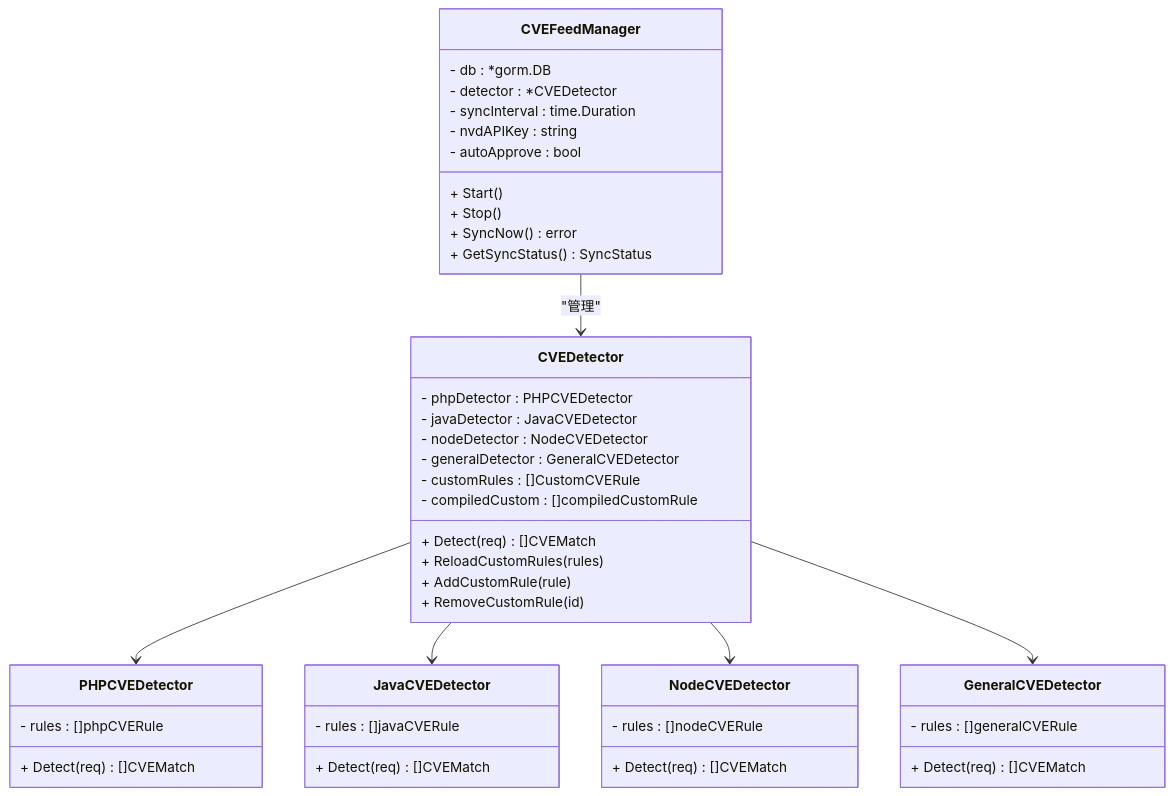
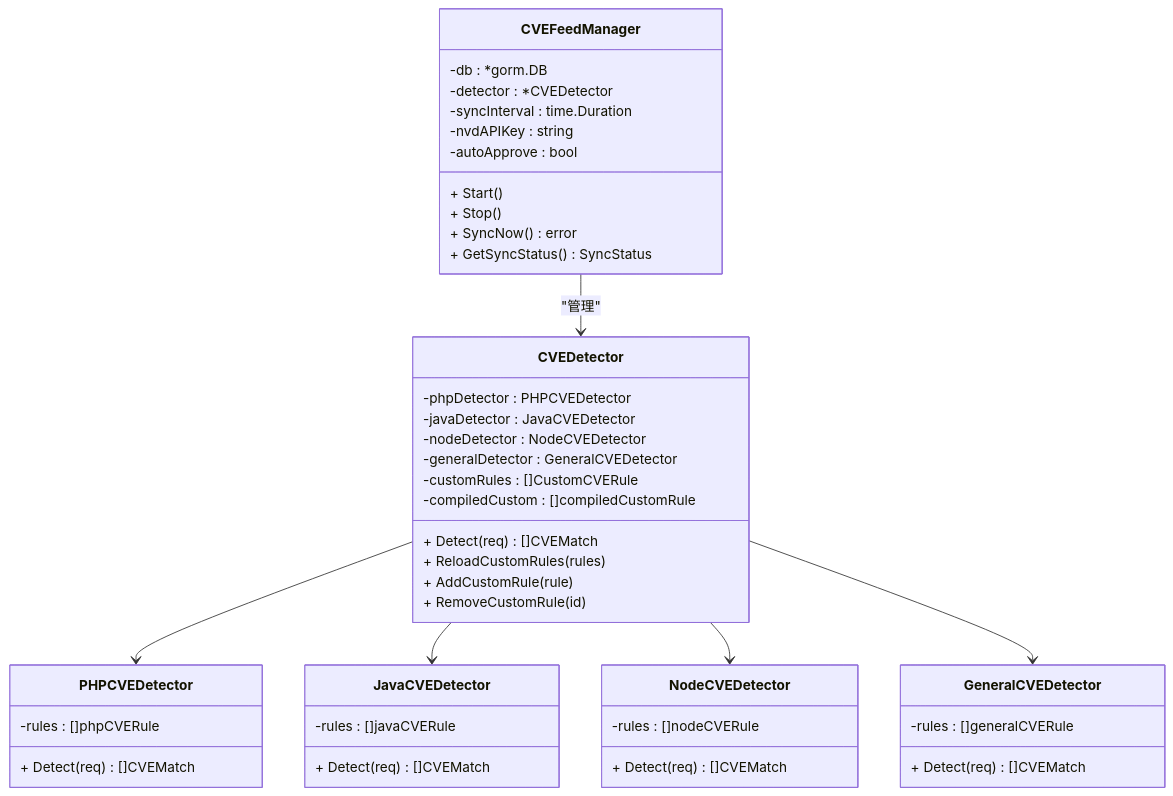
The eighth of 10 diagrams in docs/安全防护功能/安全防护功能.md (x01n/My-OpenWaf), drawn with Mermaid before and after one commit. The commit also changed other lines of this file and 199 other files, not shown here.

````diff
--- a/docs/安全防护功能/安全防护功能.md
+++ b/docs/安全防护功能/安全防护功能.md
@@ -425,47 +446,47 @@
 ```mermaid
 classDiagram
 class CVEDetector {
-- phpDetector : PHPCVEDetector
-- javaDetector : JavaCVEDetector
-- nodeDetector : NodeCVEDetector
-- generalDetector : GeneralCVEDetector
-- customRules : []CustomCVERule
-- compiledCustom : []compiledCustomRule
+-phpDetector : PHPCVEDetector
+-javaDetector : JavaCVEDetector
+-nodeDetector : NodeCVEDetector
+-generalDetector : GeneralCVEDetector
+-customRules : []CustomCVERule
+-compiledCustom : []compiledCustomRule
 + Detect(req) []CVEMatch
 + ReloadCustomRules(rules)
 + AddCustomRule(rule)
 + RemoveCustomRule(id)
 }
 class CVEFeedManager {
-- db : *gorm.DB
-- detector : *CVEDetector
-- syncInterval : time.Duration
-- nvdAPIKey : string
-- autoApprove : bool
+-db : *gorm.DB
+-detector : *CVEDetector
+-syncInterval : time.Duration
+-nvdAPIKey : string
+-autoApprove : bool
 + Start()
 + Stop()
 + SyncNow() error
 + GetSyncStatus() SyncStatus
 }
 class PHPCVEDetector {
-- rules : []phpCVERule
+-rules : []phpCVERule
 + Detect(req) []CVEMatch
 }
 class JavaCVEDetector {
-- rules : []javaCVERule
+-rules : []javaCVERule
 + Detect(req) []CVEMatch
 }
 class NodeCVEDetector {
-- rules : []nodeCVERule
+-rules : []nodeCVERule
 + Detect(req) []CVEMatch
 }
 class GeneralCVEDetector {
-- rules : []generalCVERule
+-rules : []generalCVERule
 + Detect(req) []CVEMatch
 }
 CVEDetector --> PHPCVEDetector
 CVEDetector --> JavaCVEDetector
 CVEDetector --> NodeCVEDetector
 CVEDetector --> GeneralCVEDetector
 CVEFeedManager --> CVEDetector : "管理"
 ```
````
